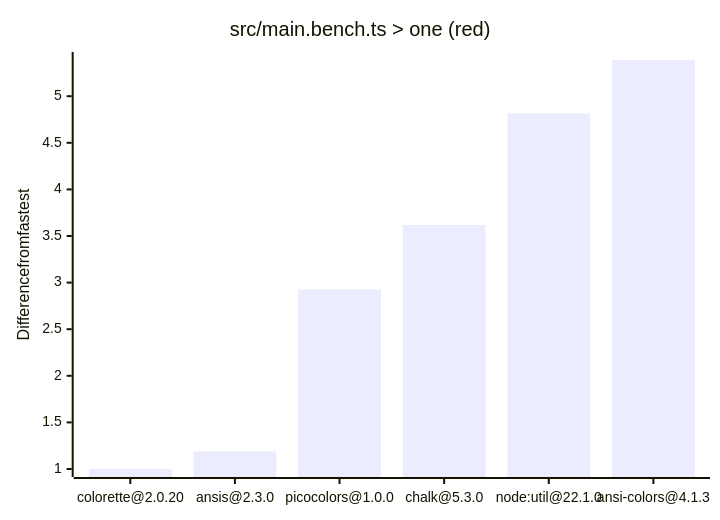
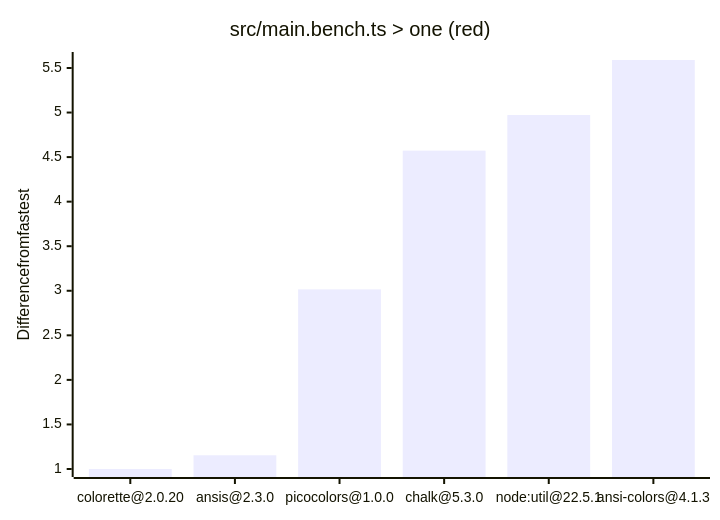
The first of 4 diagrams in README.md (beeequeue/node-cli-colors-benchmark), drawn with Mermaid before and after one commit. The commit also changed other lines of this file, not shown here.

Commit message:
Update graphs

````diff
--- a/README.md
+++ b/README.md
@@ -17,7 +17,7 @@
 ```mermaid
 xychart-beta
   title "src/main.bench.ts > one (red)"
-  x-axis ["colorette@2.0.20", "ansis@2.3.0", "picocolors@1.0.0", "chalk@5.3.0", "node:util@22.1.0", "ansi-colors@4.1.3"]
+  x-axis ["colorette@2.0.20", "ansis@2.3.0", "picocolors@1.0.0", "chalk@5.3.0", "node:util@22.5.1", "ansi-colors@4.1.3"]
   y-axis Difference from fastest
-  bar [1.0000, 1.1883, 2.9270, 3.6189, 4.8152, 5.3885]
+  bar [1.0000, 1.1541, 3.0158, 4.5723, 4.9722, 5.5895]
 ```
````
